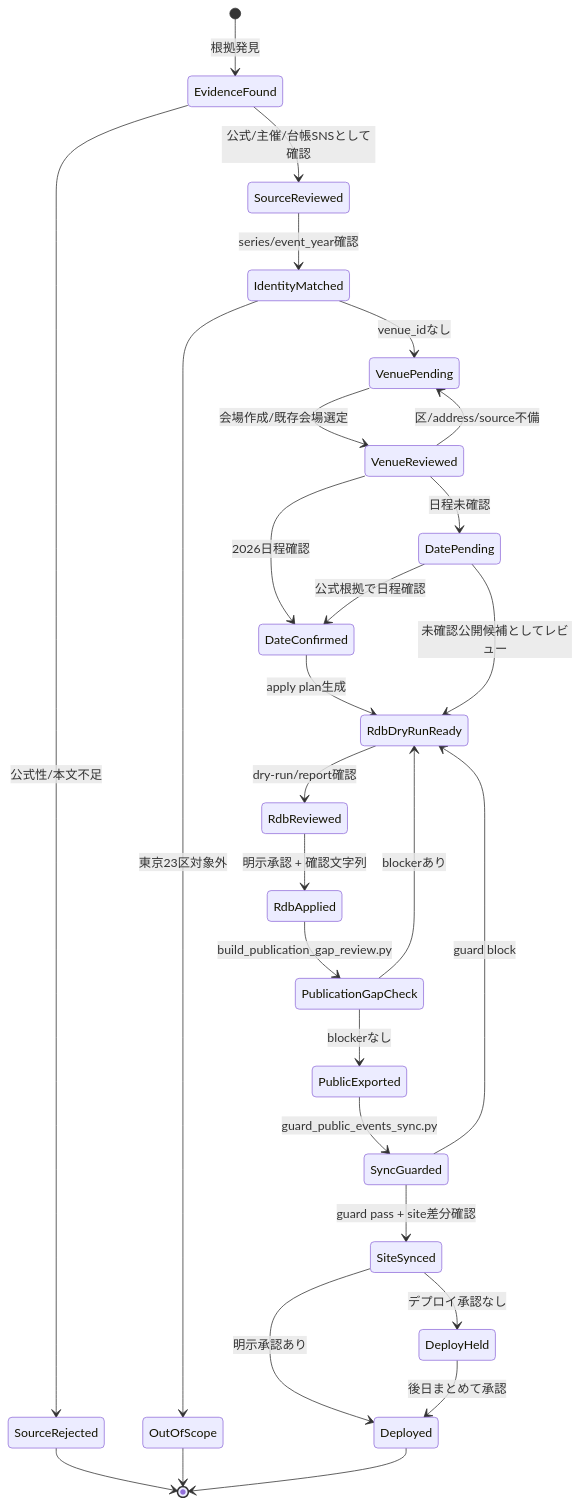
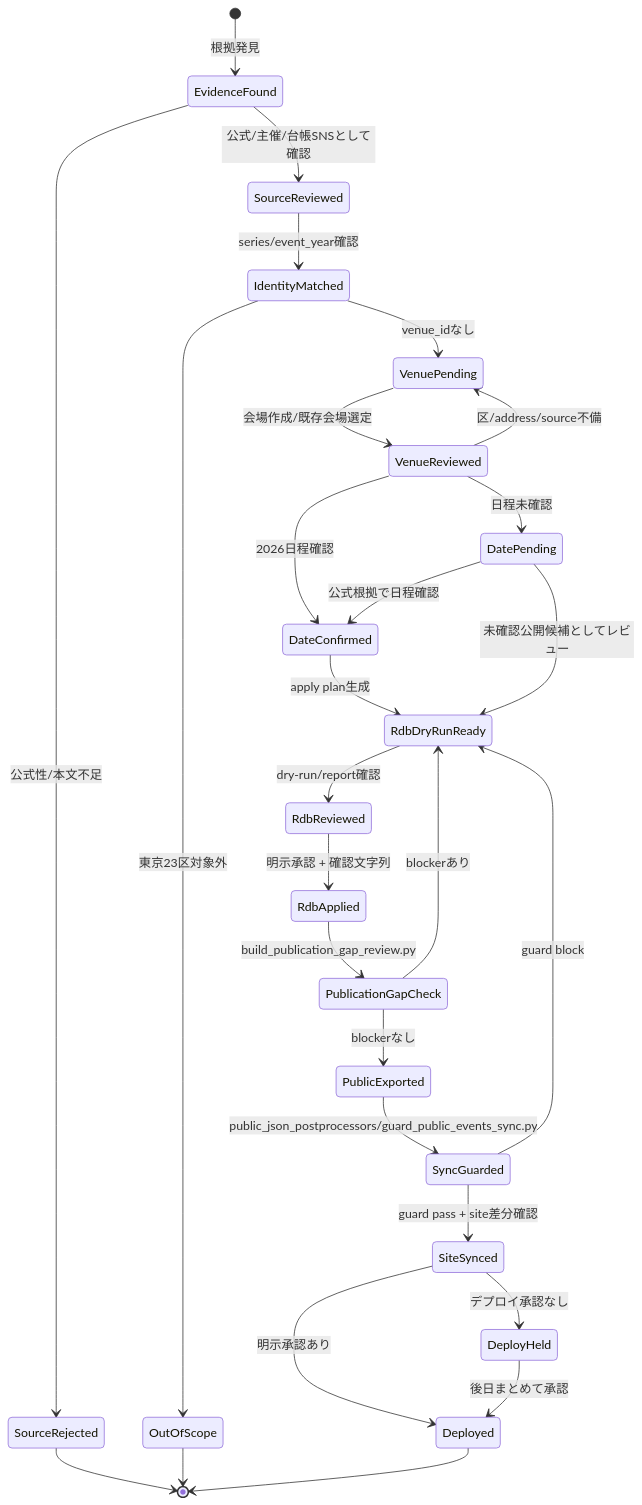
The second of 5 diagrams in docs/public-event-publication-flow.md (uryoutamomo/bon-odori-collector), drawn with Mermaid before and after one commit. The commit also changed other lines of this file and 31 other files, not shown here.

First line of the commit message:
Move public JSON postprocessor/guard tools into public_json_postprocessors package

````diff
--- a/docs/public-event-publication-flow.md
+++ b/docs/public-event-publication-flow.md
@@ -314,37 +314,37 @@
 ```mermaid
 stateDiagram-v2
   [*] --> EvidenceFound: 根拠発見
   EvidenceFound --> SourceRejected: 公式性/本文不足
   SourceRejected --> [*]
 
   EvidenceFound --> SourceReviewed: 公式/主催/台帳SNSとして確認
   SourceReviewed --> IdentityMatched: series/event_year確認
   IdentityMatched --> OutOfScope: 東京23区対象外
   OutOfScope --> [*]
 
   IdentityMatched --> VenuePending: venue_idなし
   VenuePending --> VenueReviewed: 会場作成/既存会場選定
   VenueReviewed --> VenuePending: 区/address/source不備
 
   VenueReviewed --> DatePending: 日程未確認
   VenueReviewed --> DateConfirmed: 2026日程確認
   DatePending --> DateConfirmed: 公式根拠で日程確認
 
   DateConfirmed --> RdbDryRunReady: apply plan生成
   DatePending --> RdbDryRunReady: 未確認公開候補としてレビュー
   RdbDryRunReady --> RdbReviewed: dry-run/report確認
   RdbReviewed --> RdbApplied: 明示承認 + 確認文字列
 
   RdbApplied --> PublicationGapCheck: build_publication_gap_review.py
   PublicationGapCheck --> RdbDryRunReady: blockerあり
   PublicationGapCheck --> PublicExported: blockerなし
 
-  PublicExported --> SyncGuarded: guard_public_events_sync.py
+  PublicExported --> SyncGuarded: public_json_postprocessors/guard_public_events_sync.py
   SyncGuarded --> RdbDryRunReady: guard block
   SyncGuarded --> SiteSynced: guard pass + site差分確認
 
   SiteSynced --> DeployHeld: デプロイ承認なし
   SiteSynced --> Deployed: 明示承認あり
   DeployHeld --> Deployed: 後日まとめて承認
   Deployed --> [*]
 ```
````
